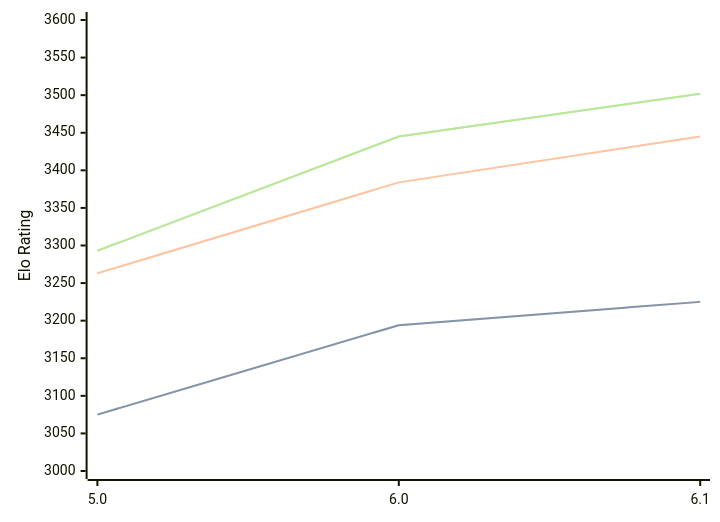
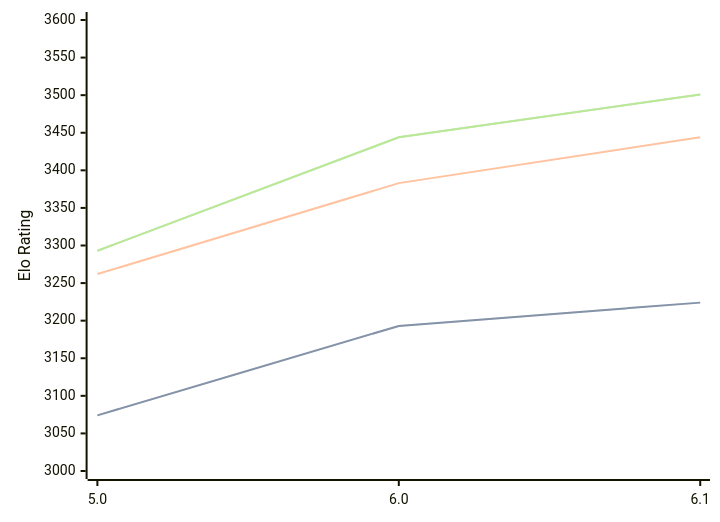
One commit to computer-chess-index/cci changed the diagram in engines/PZChessBot.md. Above: the diagram before and after it, drawn with Mermaid. The commit also changed other lines of this file, not shown here.

Commit message:
Update CCI Ratings (ELO VLTC) - 2026-03-23

````diff
--- a/engines/PZChessBot.md
+++ b/engines/PZChessBot.md
@@ -42,11 +42,11 @@
 ```mermaid
 %%{init: {"theme":"base","themeVariables":{"seriesColors:['#a3a3a3','#222221','#faa371']}}}%%
 xychart-beta
   x-axis ["5.0", "6.0", "6.1"]
   y-axis "Elo Rating" 3000 --> 3600
-  line "STC (8.0+0.08s)" [3075, 3194, 3225]
-  line "STC (8.0+0.08s)" [3075, 3194, 3225]
-  line "LTC (60.0+0.60s)" [3263, 3384, 3445]
-  line "VLTC (2m24s+1.12s)" [3293, 3445, 3502]
-  line "VLTC (2m24s+1.12s)" [3293, 3445, 3502]
+  line "STC (8.0+0.08s)" [3074, 3193, 3224]
+  line "STC (8.0+0.08s)" [3074, 3193, 3224]
+  line "LTC (60.0+0.60s)" [3262, 3383, 3444]
+  line "VLTC (2m24s+1.12s)" [3293, 3444, 3501]
+  line "VLTC (2m24s+1.12s)" [3293, 3444, 3501]
 ```
````
